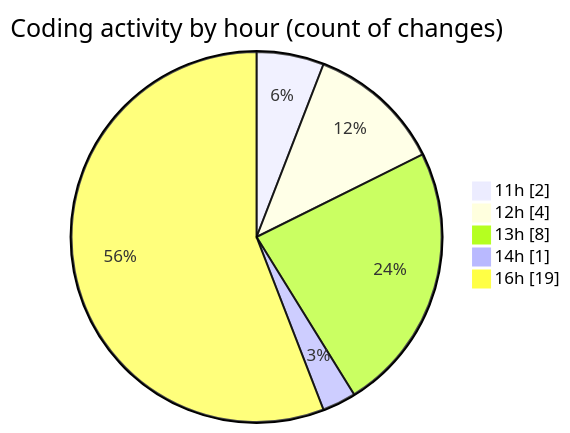
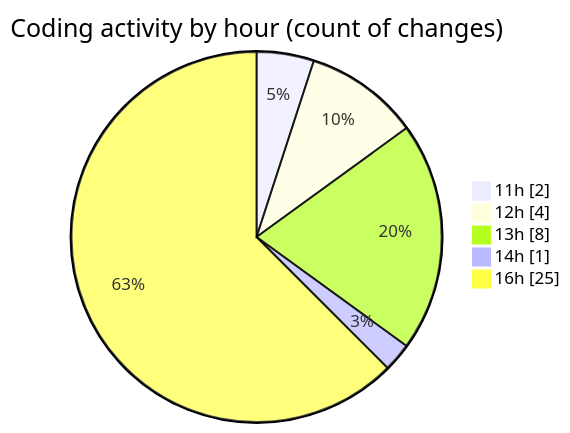
One commit to nxtqubesakshisongat/code-tracking changed the second of 2 diagrams in 2026-01-30/nxtqube_webapp/README.md. Above: the diagram before and after it, drawn with Mermaid. The commit also changed other lines of this file and 1 other file, not shown here.

````diff
--- a/2026-01-30/nxtqube_webapp/README.md
+++ b/2026-01-30/nxtqube_webapp/README.md
@@ -32,9 +32,9 @@
 ```mermaid
 pie showData
 title Coding activity by hour (count of changes)
 "11h" : 2
 "12h" : 4
 "13h" : 8
 "14h" : 1
-"16h" : 19
+"16h" : 25
 ```
````
